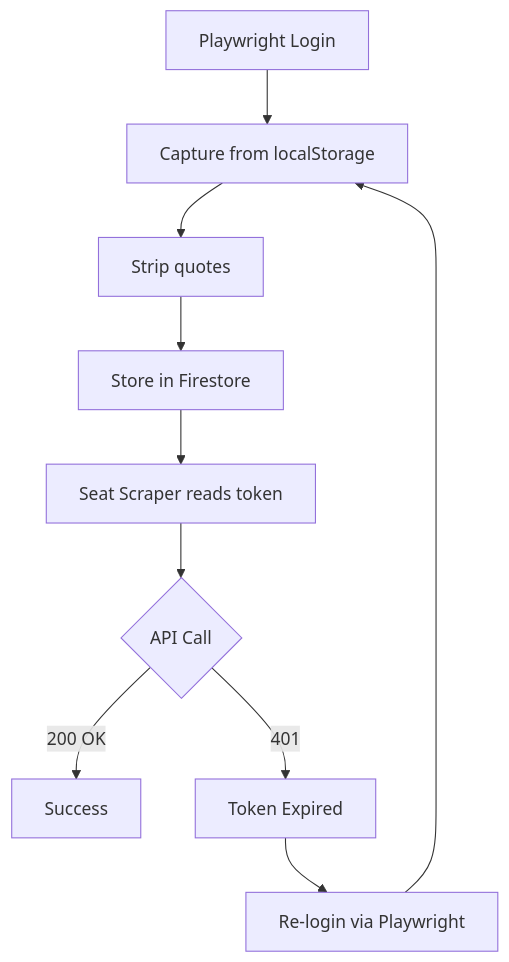
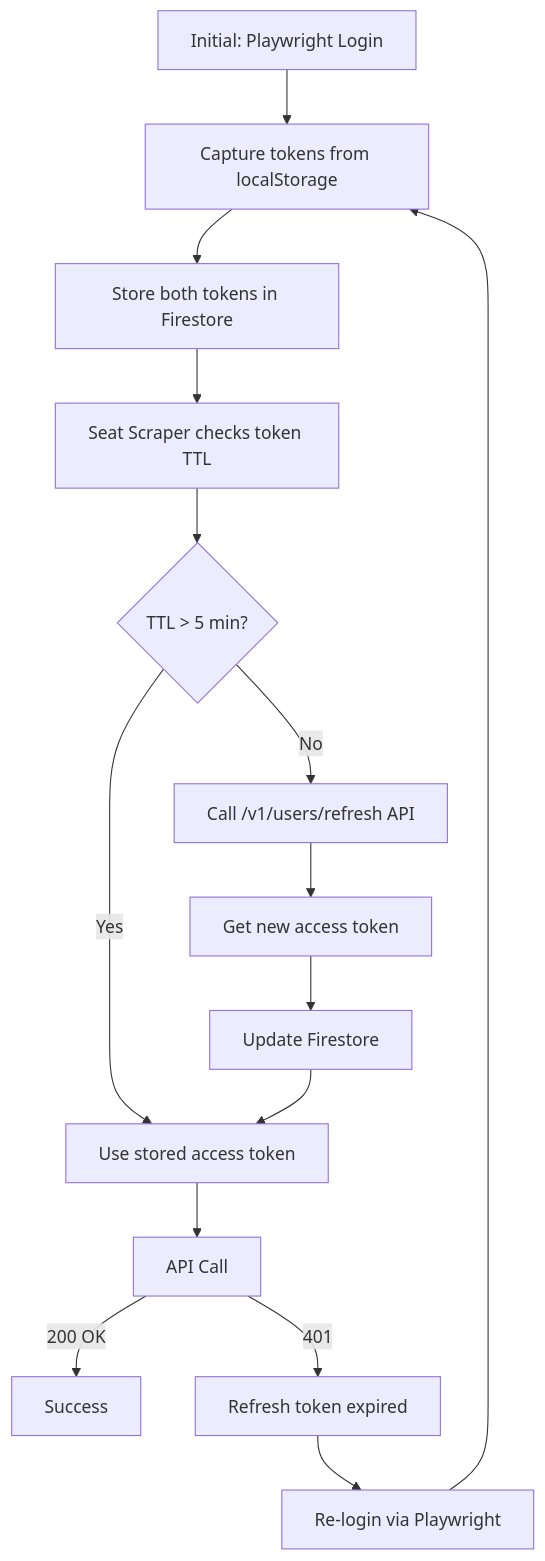
The diagram in SPEC.md (okihita/CineRadar), drawn with Mermaid before and after one commit. The commit also changed other lines of this file and 40 other files, not shown here.

First line of the commit message:
refactor: programmatic token refresh + cleanup

````diff
--- a/SPEC.md
+++ b/SPEC.md
@@ -423,12 +423,17 @@
 ```mermaid
 flowchart TD
-    A[Playwright Login] --> B[Capture from localStorage]
-    B --> C[Strip quotes]
-    C --> D[Store in Firestore]
-    D --> E[Seat Scraper reads token]
-    E --> F{API Call}
-    F -->|200 OK| G[Success]
-    F -->|401| H[Token Expired]
-    H --> I[Re-login via Playwright]
-    I --> B
+    A[Initial: Playwright Login] --> B[Capture tokens from localStorage]
+    B --> C[Store both tokens in Firestore]
+    C --> D[Seat Scraper checks token TTL]
+    D --> E{TTL > 5 min?}
+    E -->|Yes| F[Use stored access token]
+    E -->|No| G[Call /v1/users/refresh API]
+    G --> H[Get new access token]
+    H --> I[Update Firestore]
+    I --> F
+    F --> J[API Call]
+    J -->|200 OK| K[Success]
+    J -->|401| L[Refresh token expired]
+    L --> M[Re-login via Playwright]
+    M --> B
 ```
````
